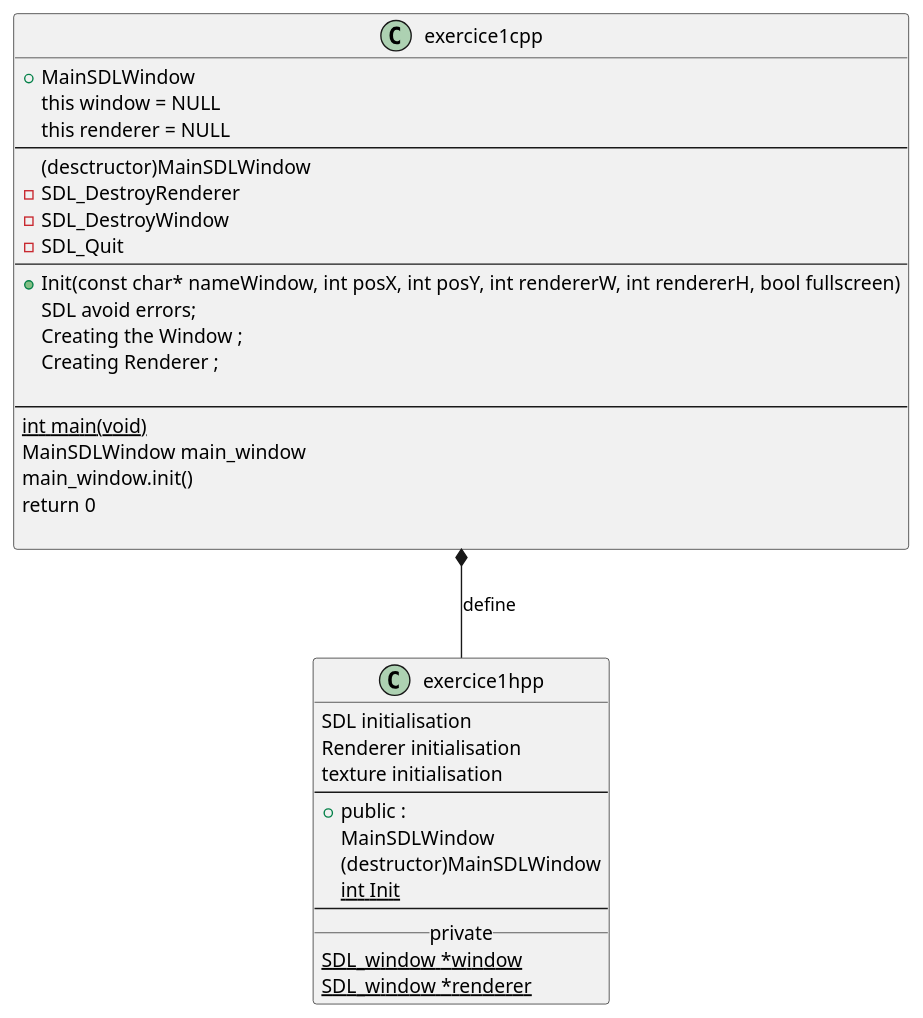
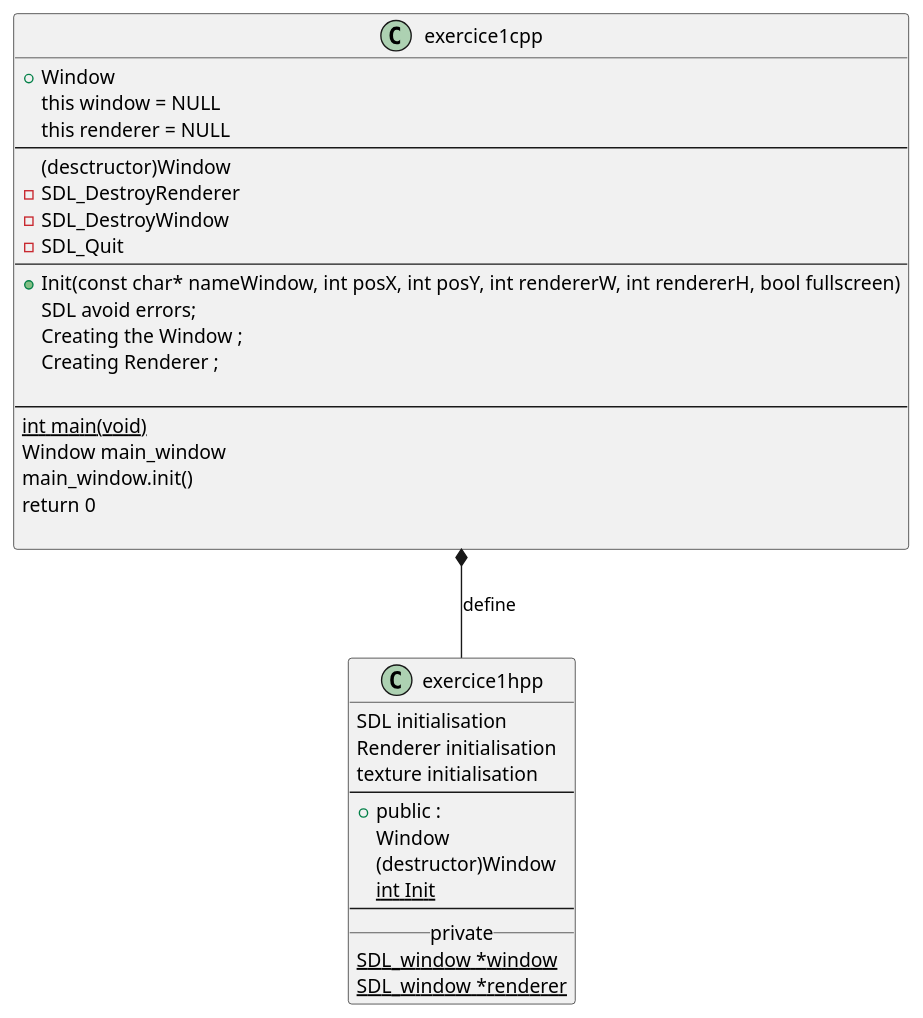
The diagram in orrigine/uml/diagram.puml (Zearcus/gtech-b12-snake), drawn with PlantUML before and after one commit. The commit also changed 26 other files, not shown here.

```diff
--- a/orrigine/uml/diagram.puml
+++ b/orrigine/uml/diagram.puml
@@ -1,41 +1,41 @@
 @startuml classes
 
 class exercice1hpp{
     SDL initialisation
     Renderer initialisation
     texture initialisation
     ---
     +public :
-    MainSDLWindow
-    (destructor)MainSDLWindow
+    Window
+    (destructor)Window
     {static} int Init
     ---
     __private__
     {static} SDL_window *window
     {static} SDL_window *renderer
 }
 exercice1cpp *--  exercice1hpp : define
 class exercice1cpp{
-    +MainSDLWindow
+    +Window
     this window = NULL
     this renderer = NULL
     ---
-    (desctructor)MainSDLWindow
+    (desctructor)Window
     -SDL_DestroyRenderer
     -SDL_DestroyWindow
     -SDL_Quit
     ---
     +Init(const char* nameWindow, int posX, int posY, int rendererW, int rendererH, bool fullscreen)
     SDL avoid errors;
     Creating the Window ;
     Creating Renderer ;
     
     ---
     {static} int main(void)
-    MainSDLWindow main_window
+    Window main_window
     main_window.init()
     return 0
 
 }
 
 @enduml
```
